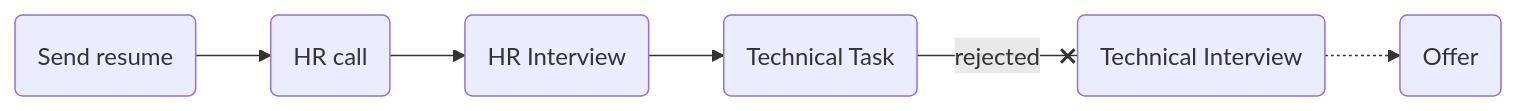
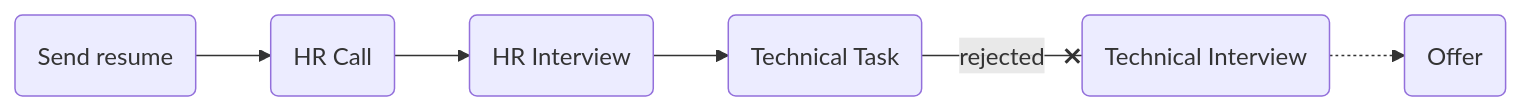
The diagram in src/graph/README.md (mo1ein/jobname), drawn with Mermaid before and after one commit. The commit also changed other lines of this file and 4 other files, not shown here.

Commit message:
Update graph 🚀

````diff
--- a/src/graph/README.md
+++ b/src/graph/README.md
@@ -7,4 +7,4 @@
 ```mermaid
 flowchart LR
-    sr(Send resume) --> hr(HR call) --> hri(HR Interview) --> task(Technical Task) --rejected--x ti(Technical Interview) -.-> o(Offer)
+    sr(Send resume) --> hr(HR Call) --> hri(HR Interview) --> task(Technical Task) --rejected--x ti(Technical Interview) -.-> o(Offer)
 ```
````
